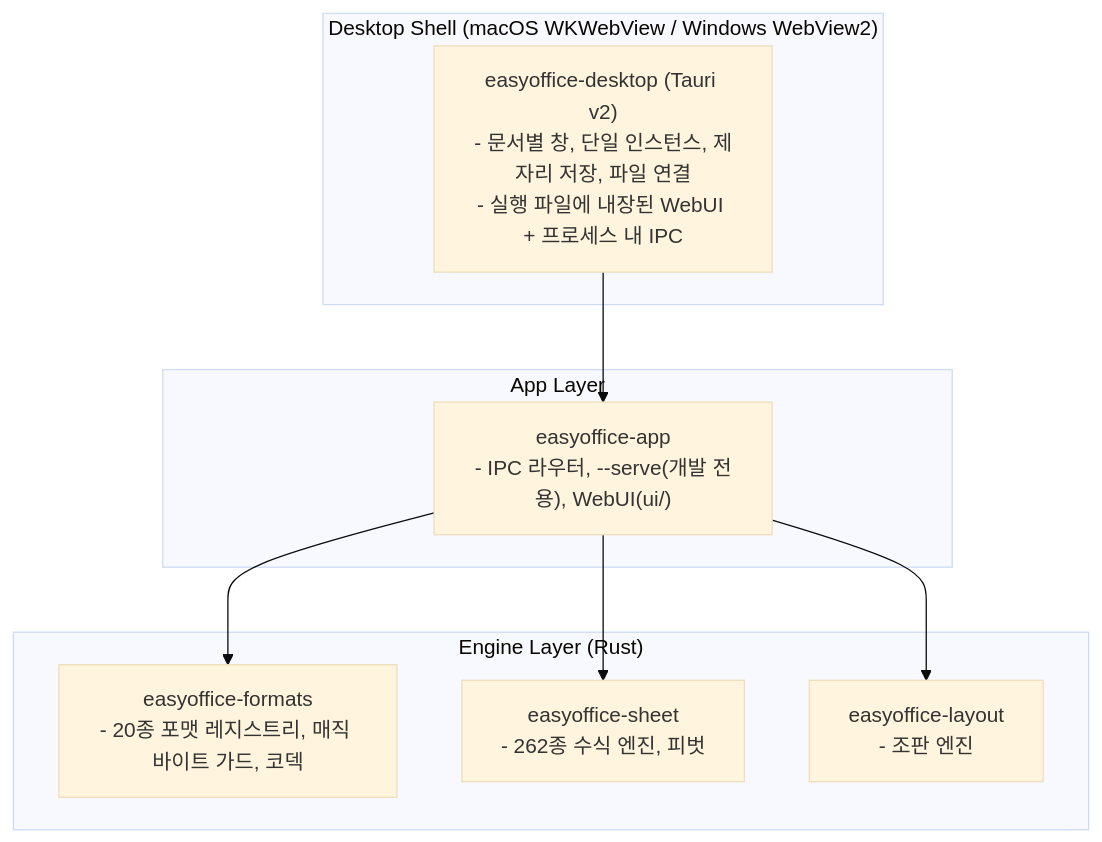
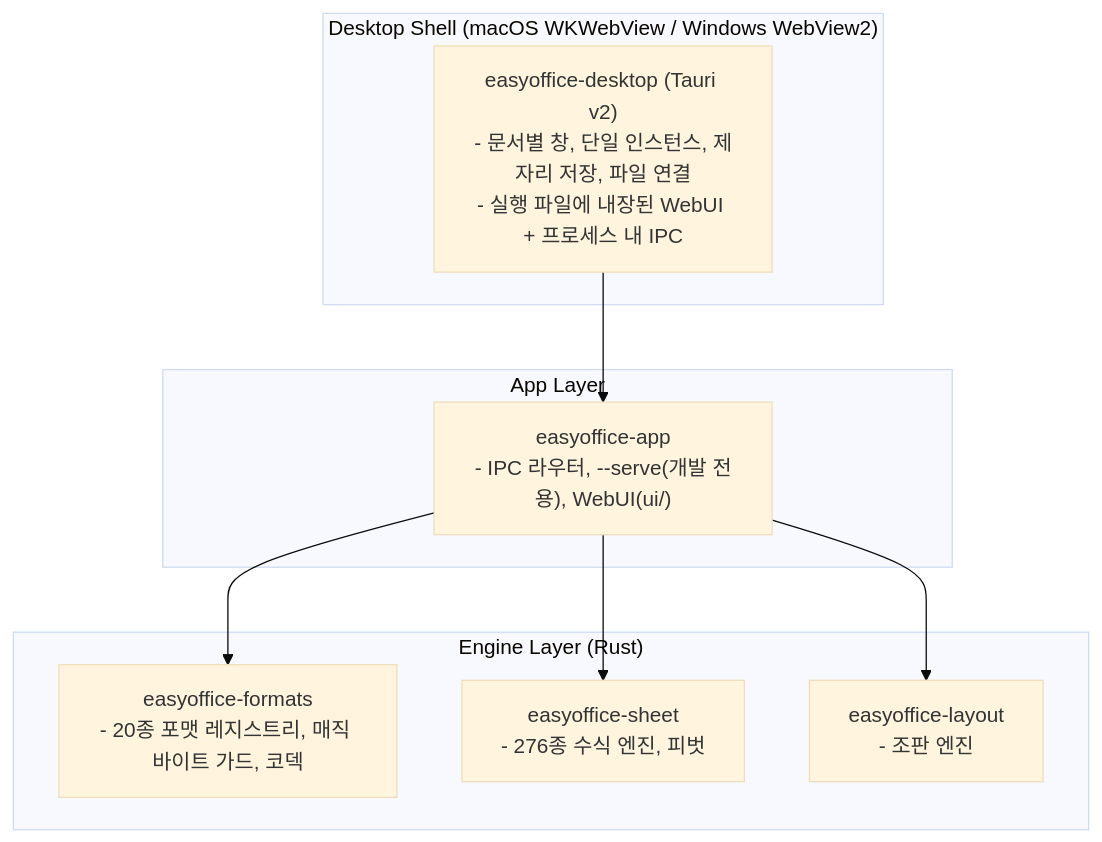
Before and after one commit to AquilaXk/easyoffice: the diagram in docs/architecture.md, drawn with Mermaid (base theme). The commit also changed other lines of this file and 39 other files, not shown here.

Commit message:
[Feat] 동적 배열 엔진: 배열 평가기, 펼치기·#SPILL!·A1#, FILTER·SORT·SORTBY·UNIQUE·SEQUENCE·RANDARRAY·LET·LAMBDA 계열 14종

````diff
--- a/docs/architecture.md
+++ b/docs/architecture.md
@@ -9,18 +9,18 @@
 ```mermaid
 flowchart TD
     subgraph ShellLayer["Desktop Shell (macOS WKWebView / Windows WebView2)"]
         Desktop["easyoffice-desktop (Tauri v2)\n- 문서별 창, 단일 인스턴스, 제자리 저장, 파일 연결\n- 실행 파일에 내장된 WebUI + 프로세스 내 IPC"]
     end
     subgraph AppLayer["App Layer"]
         App["easyoffice-app\n- IPC 라우터, --serve(개발 전용), WebUI(ui/)"]
     end
     subgraph CoreLayer["Engine Layer (Rust)"]
         Formats["easyoffice-formats\n- 20종 포맷 레지스트리, 매직 바이트 가드, 코덱"]
-        Sheet["easyoffice-sheet\n- 262종 수식 엔진, 피벗"]
+        Sheet["easyoffice-sheet\n- 276종 수식 엔진, 피벗"]
         Layout["easyoffice-layout\n- 조판 엔진"]
     end
     Desktop --> App
     App --> Formats
     App --> Sheet
     App --> Layout
 ```
````
